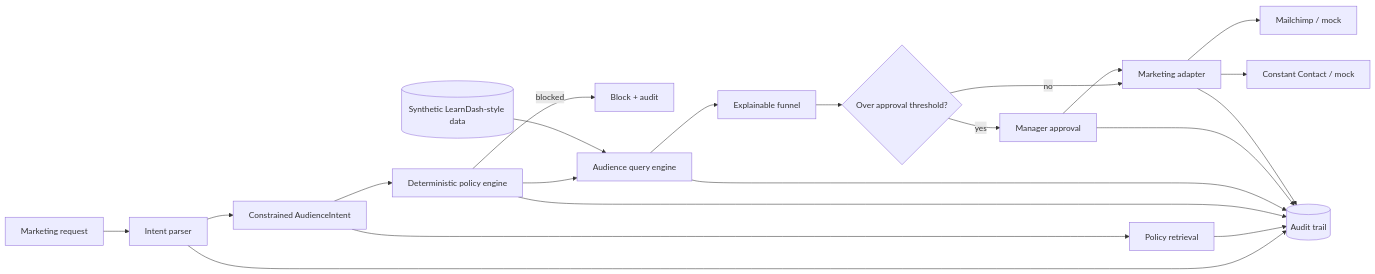
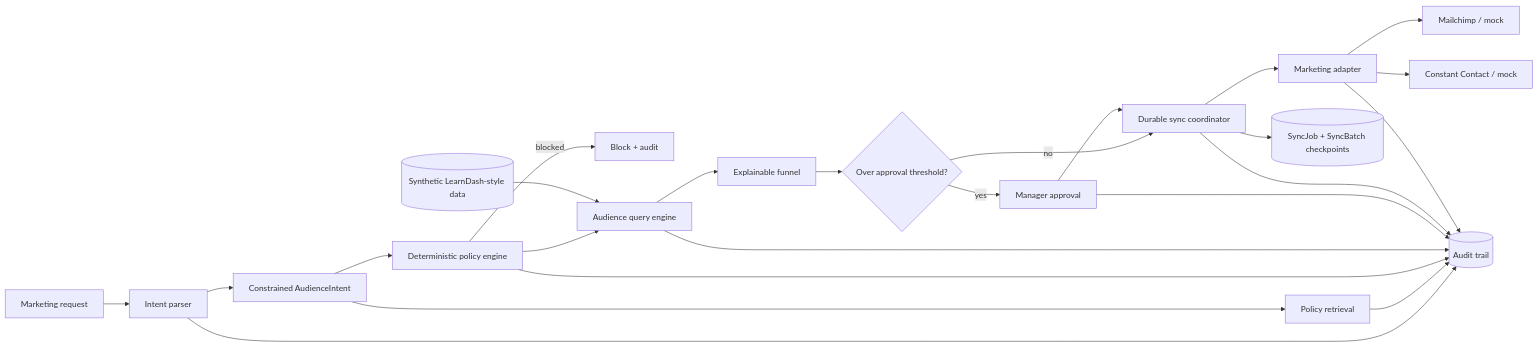
One commit to treeflow-ai/ai-audience-ops changed the diagram in README.md. Above: the diagram before and after it, drawn with Mermaid. The commit also changed other lines of this file and 14 other files, not shown here.

Commit message:
feat: add durable sync idempotency retry and failure recovery

````diff
--- a/README.md
+++ b/README.md
@@ -111,23 +115,26 @@
 ```mermaid
 flowchart LR
     U[Marketing request] --> P[Intent parser]
     P --> S[Constrained AudienceIntent]
     S --> R[Policy retrieval]
     S --> G[Deterministic policy engine]
     G -->|blocked| B[Block + audit]
     G --> Q[Audience query engine]
     L[(Synthetic LearnDash-style data)] --> Q
     Q --> F[Explainable funnel]
     F --> T{Over approval threshold?}
     T -->|yes| H[Manager approval]
-    T -->|no| M[Marketing adapter]
-    H --> M
+    T -->|no| J[Durable sync coordinator]
+    H --> J
+    J --> SJ[(SyncJob + SyncBatch checkpoints)]
+    J --> M[Marketing adapter]
     M --> MC[Mailchimp / mock]
     M --> CC[Constant Contact / mock]
     P --> A[(Audit trail)]
     R --> A
     G --> A
     Q --> A
     H --> A
+    J --> A
     M --> A
 ```
````
